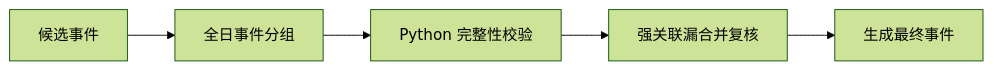
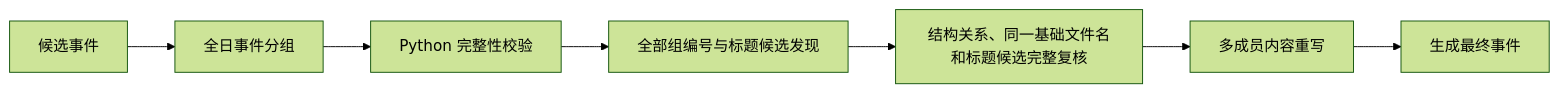
One commit to sunweisheng/WorkTrace changed the diagram in docs/workstream-free-event-grouping-design.md. Above: the diagram before and after it, drawn with Mermaid (forest theme). The commit also changed other lines of this file and 55 other files, not shown here.

````diff
--- a/docs/workstream-free-event-grouping-design.md
+++ b/docs/workstream-free-event-grouping-design.md
@@ -9,7 +9,9 @@
 ```mermaid
 flowchart LR
     A["候选事件"] --> B["全日事件分组"]
     B --> C["Python 完整性校验"]
-    C --> D["强关联漏合并复核"]
-    D --> E["生成最终事件"]
+    C --> D["全部组编号与标题候选发现"]
+    D --> E["结构关系、同一基础文件名和标题候选完整复核"]
+    E --> F["多成员内容重写"]
+    F --> G["生成最终事件"]
 ```
````
